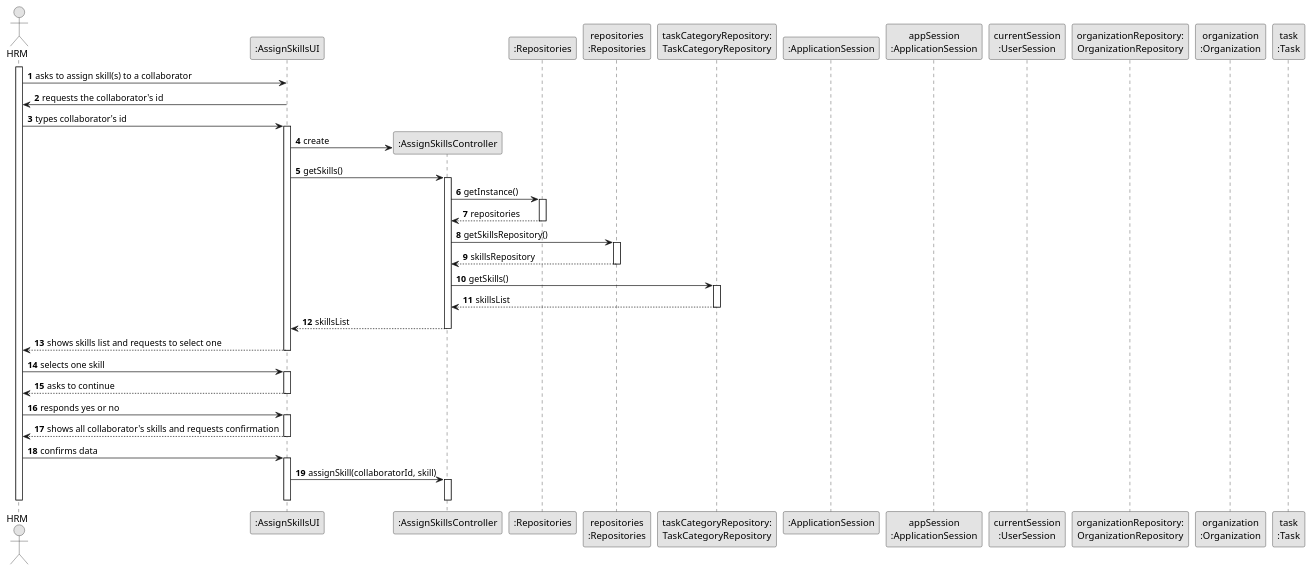
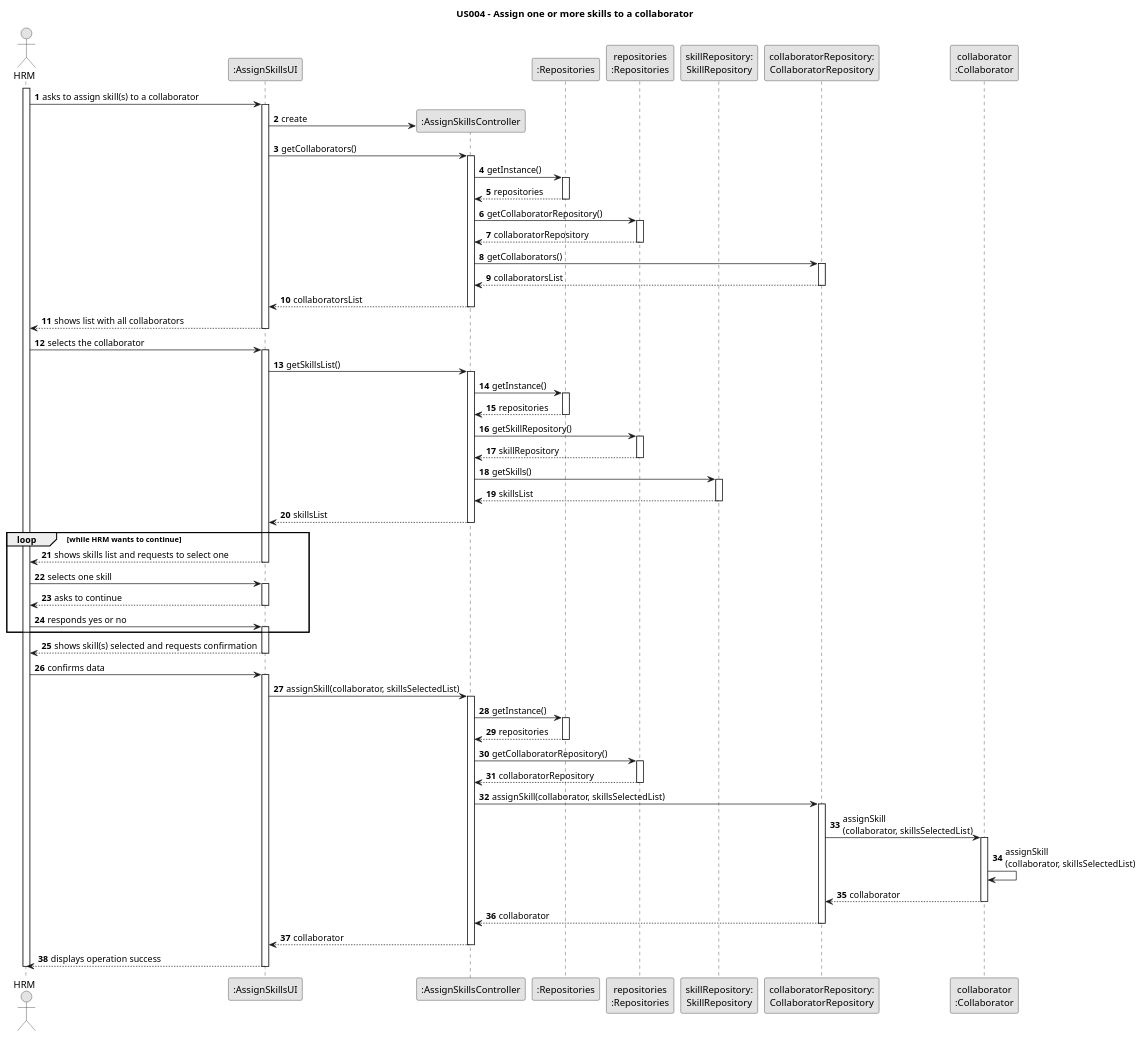
One commit to Departamento-de-Engenharia-Informatica/lei-24-s2-1dm-g132 changed the diagram in docs/sprintB/us004/03.design/puml/us004-sequence-diagram-full.puml. Above: the diagram before and after it, drawn with PlantUML. The commit also changed 19 other files, not shown here.

Commit message:
US04 SSD, SD and CD: changes on how to select collaborator

```diff
--- a/docs/sprintB/us004/03.design/puml/us004-sequence-diagram-full.puml
+++ b/docs/sprintB/us004/03.design/puml/us004-sequence-diagram-full.puml
@@ -1,86 +1,138 @@
 @startuml
 skinparam monochrome true
 skinparam packageStyle rectangle
 skinparam shadowing false
 
+title US004 - Assign one or more skills to a collaborator
+
 autonumber
 
-'hide footbox
-actor "HRM" as ADM
+actor "HRM" as Employee
 participant ":AssignSkillsUI" as UI
 participant ":AssignSkillsController" as CTRL
 participant ":Repositories" as RepositorySingleton
 participant "repositories\n:Repositories" as PLAT
-participant "taskCategoryRepository:\nTaskCategoryRepository" as TaskCategoryRepository
-participant ":ApplicationSession" as _APP
-participant "appSession\n:ApplicationSession" as APP
-participant "currentSession\n:UserSession" as SESSAO
-participant "organizationRepository:\nOrganizationRepository" as OrganizationRepository
-participant "organization\n:Organization" as ORG
-participant "task\n:Task" as TAREFA
+participant "skillRepository:\nSkillRepository" as SkillRepository
+participant "collaboratorRepository:\nCollaboratorRepository" as CollaboratorRepository
+participant "collaborator\n:Collaborator" as Collaborator
 
-activate ADM
+activate Employee
 
-        ADM -> UI : asks to assign skill(s) to a collaborator
-        UI -> ADM : requests the collaborator's id
-        ADM -> UI : types collaborator's id
+    Employee -> UI : asks to assign skill(s) to a collaborator
+    activate UI
 
-        activate UI
+    UI -> CTRL** : create
 
-'            UI --> ADM : requests data (reference, description,  informal \n description, technical description, duration, cost)
-            'create CTRL
-            UI -> CTRL** : create
+                UI -> CTRL : getCollaborators()
+                activate CTRL
 
-            UI -> CTRL : getSkills()
-            activate CTRL
+                    CTRL -> RepositorySingleton : getInstance()
+                    activate RepositorySingleton
+
+                        RepositorySingleton --> CTRL: repositories
+                    deactivate RepositorySingleton
+
+                    CTRL -> PLAT : getCollaboratorRepository()
+                    activate PLAT
+
+                        PLAT --> CTRL: collaboratorRepository
+                    deactivate PLAT
+
+                    CTRL -> CollaboratorRepository : getCollaborators()
+                    activate CollaboratorRepository
+
+                        CollaboratorRepository --> CTRL : collaboratorsList
+                    deactivate CollaboratorRepository
+
+                    CTRL --> UI : collaboratorsList
+                deactivate CTRL
+
+    UI --> Employee : shows list with all collaborators
+    deactivate UI
+
+    Employee -> UI : selects the collaborator
+    activate UI
+
+        UI -> CTRL : getSkillsList()
+        activate CTRL
+
+            CTRL -> RepositorySingleton : getInstance()
+            activate RepositorySingleton
+
+            RepositorySingleton --> CTRL: repositories
+            deactivate RepositorySingleton
+
+            CTRL -> PLAT : getSkillRepository()
+            activate PLAT
+
+            PLAT --> CTRL: skillRepository
+            deactivate PLAT
+
+            CTRL -> SkillRepository : getSkills()
+            activate SkillRepository
+
+            SkillRepository --> CTRL : skillsList
+            deactivate SkillRepository
+
+            CTRL --> UI : skillsList
+        deactivate CTRL
+
+    loop while HRM wants to continue
+    UI --> Employee : shows skills list and requests to select one
+    deactivate UI
+
+    Employee -> UI : selects one skill
+    activate UI
+
+    UI --> Employee : asks to continue
+    deactivate UI
+
+    Employee -> UI : responds yes or no
+    activate UI
+    end
+
+    UI --> Employee : shows skill(s) selected and requests confirmation
+
+    deactivate UI
+
+    Employee -> UI : confirms data
+    activate UI
+
+    UI -> CTRL : assignSkill(collaborator, skillsSelectedList)
+    activate CTRL
 
                 CTRL -> RepositorySingleton : getInstance()
                 activate RepositorySingleton
 
-                    RepositorySingleton --> CTRL: repositories
+                RepositorySingleton --> CTRL: repositories
                 deactivate RepositorySingleton
 
-                CTRL -> PLAT : getSkillsRepository()
+                CTRL -> PLAT : getCollaboratorRepository()
                 activate PLAT
 
-                    PLAT --> CTRL: skillsRepository
+                PLAT --> CTRL: collaboratorRepository
                 deactivate PLAT
 
-                CTRL -> TaskCategoryRepository : getSkills()
-                activate TaskCategoryRepository
+                CTRL -> CollaboratorRepository : assignSkill(collaborator, skillsSelectedList)
+                activate CollaboratorRepository
 
-                    TaskCategoryRepository --> CTRL : skillsList
-                deactivate TaskCategoryRepository
+                CollaboratorRepository -> Collaborator: assignSkill\n(collaborator, skillsSelectedList)
+                activate Collaborator
 
-                CTRL --> UI : skillsList
-            deactivate CTRL
+                Collaborator -> Collaborator : assignSkill\n(collaborator, skillsSelectedList)
+                Collaborator --> CollaboratorRepository : collaborator
+                deactivate Collaborator
 
-            UI --> ADM : shows skills list and requests to select one
-        deactivate UI
+                CollaboratorRepository --> CTRL : collaborator
+                deactivate CollaboratorRepository
 
-    ADM -> UI : selects one skill
-    activate UI
 
-        UI --> ADM : asks to continue
+                CTRL --> UI : collaborator
+
+    deactivate CTRL
+
+    UI --> Employee : displays operation success
     deactivate UI
 
-    ADM -> UI : responds yes or no
-    activate UI
-
-        UI --> ADM : shows all collaborator's skills and requests confirmation
-    deactivate UI
-
-    ADM -> UI : confirms data
-    activate UI
-
-        UI -> CTRL : assignSkill(collaboratorId, skill)
-        activate CTRL
-
-
-        deactivate CTRL
-
-    deactivate UI
-
-deactivate ADM
-
+deactivate Employee
 @enduml
```
